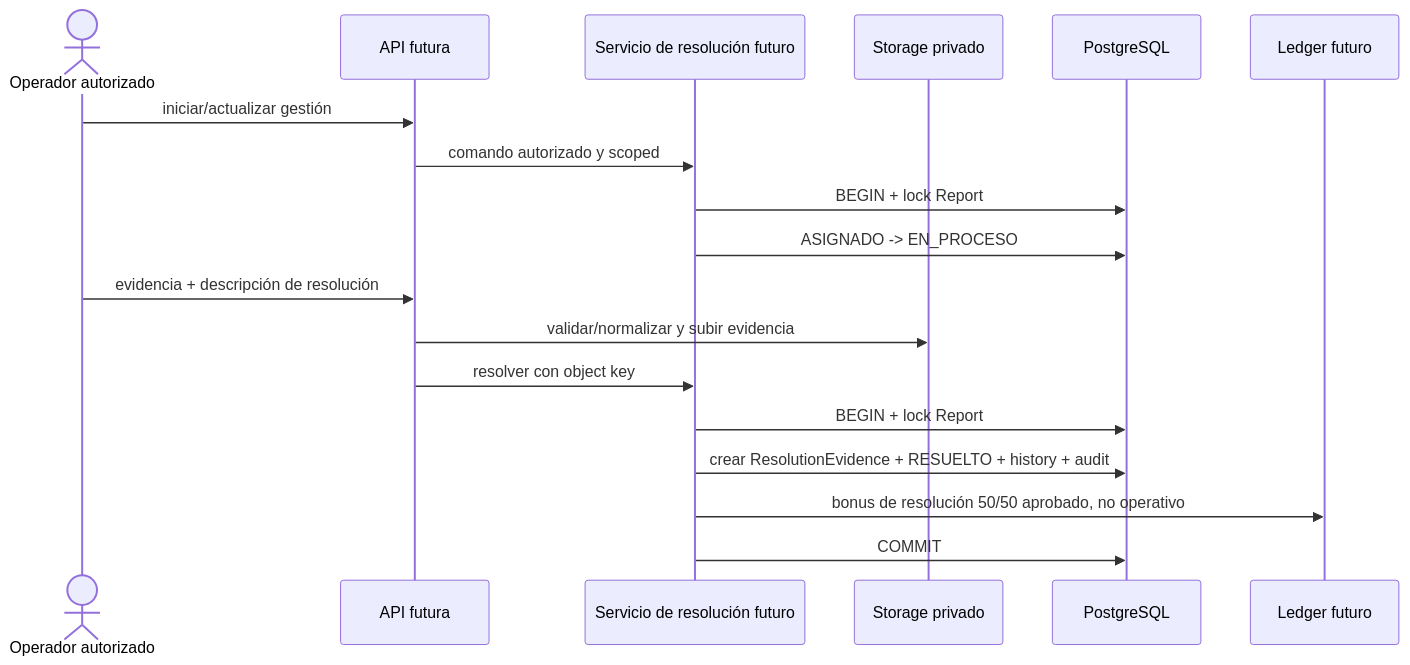
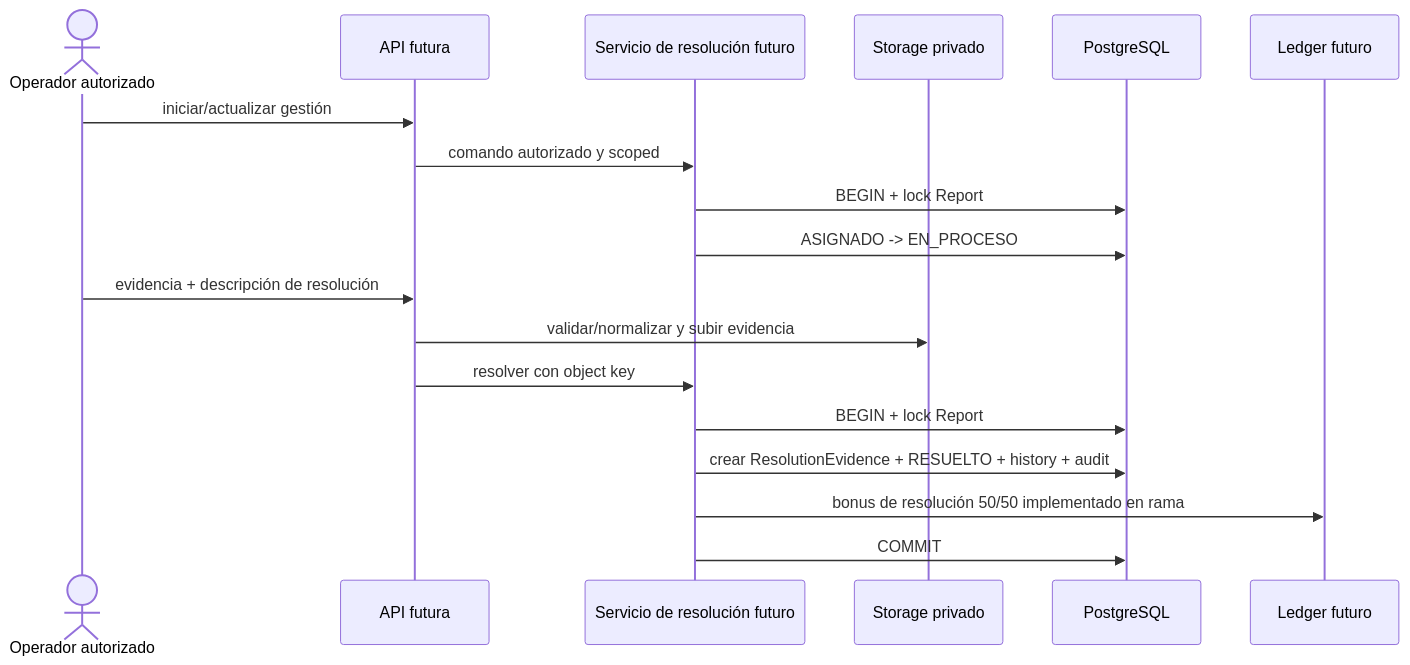
Before and after one commit to MontyPohl/ciudadania-activa: diagram 13 of 16 in docs/tesis/ACTUALIZACION_DOCUMENTO_TESIS.md, drawn with Mermaid. The commit also changed other lines of this file and 4 other files, not shown here.

````diff
--- a/docs/tesis/ACTUALIZACION_DOCUMENTO_TESIS.md
+++ b/docs/tesis/ACTUALIZACION_DOCUMENTO_TESIS.md
@@ -1613,21 +1635,21 @@
 ```mermaid
 sequenceDiagram
     actor O as Operador autorizado
     participant A as API futura
     participant R as Servicio de resolución futuro
     participant S as Storage privado
     participant D as PostgreSQL
     participant L as Ledger futuro
 
     O->>A: iniciar/actualizar gestión
     A->>R: comando autorizado y scoped
     R->>D: BEGIN + lock Report
     R->>D: ASIGNADO -> EN_PROCESO
     O->>A: evidencia + descripción de resolución
     A->>S: validar/normalizar y subir evidencia
     A->>R: resolver con object key
     R->>D: BEGIN + lock Report
     R->>D: crear ResolutionEvidence + RESUELTO + history + audit
-    R->>L: bonus de resolución 50/50 aprobado, no operativo
+    R->>L: bonus de resolución 50/50 implementado en rama
     R->>D: COMMIT
 ```
````
